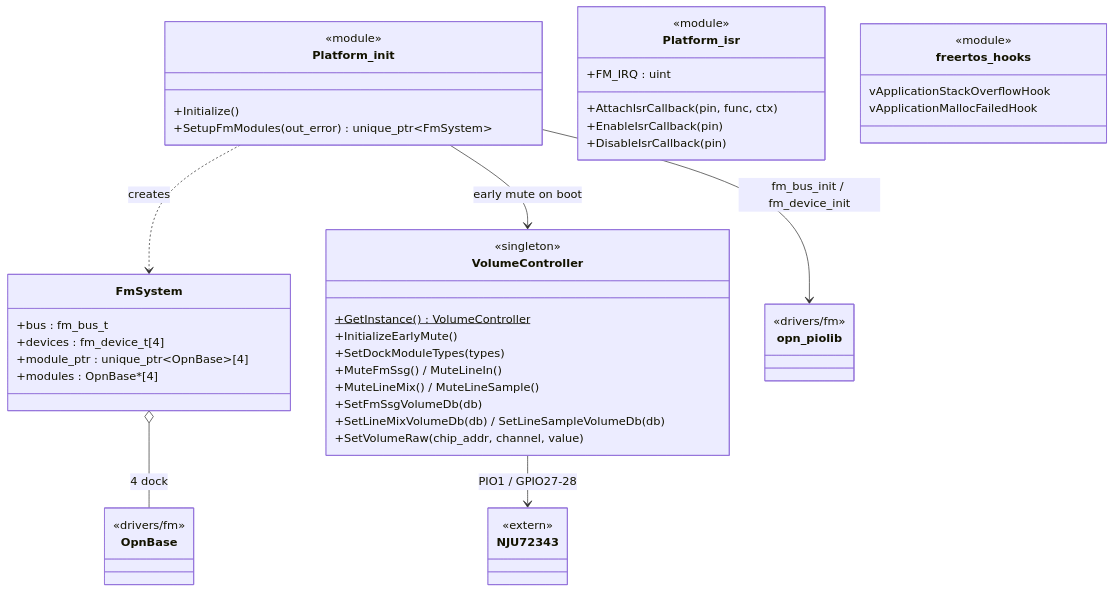
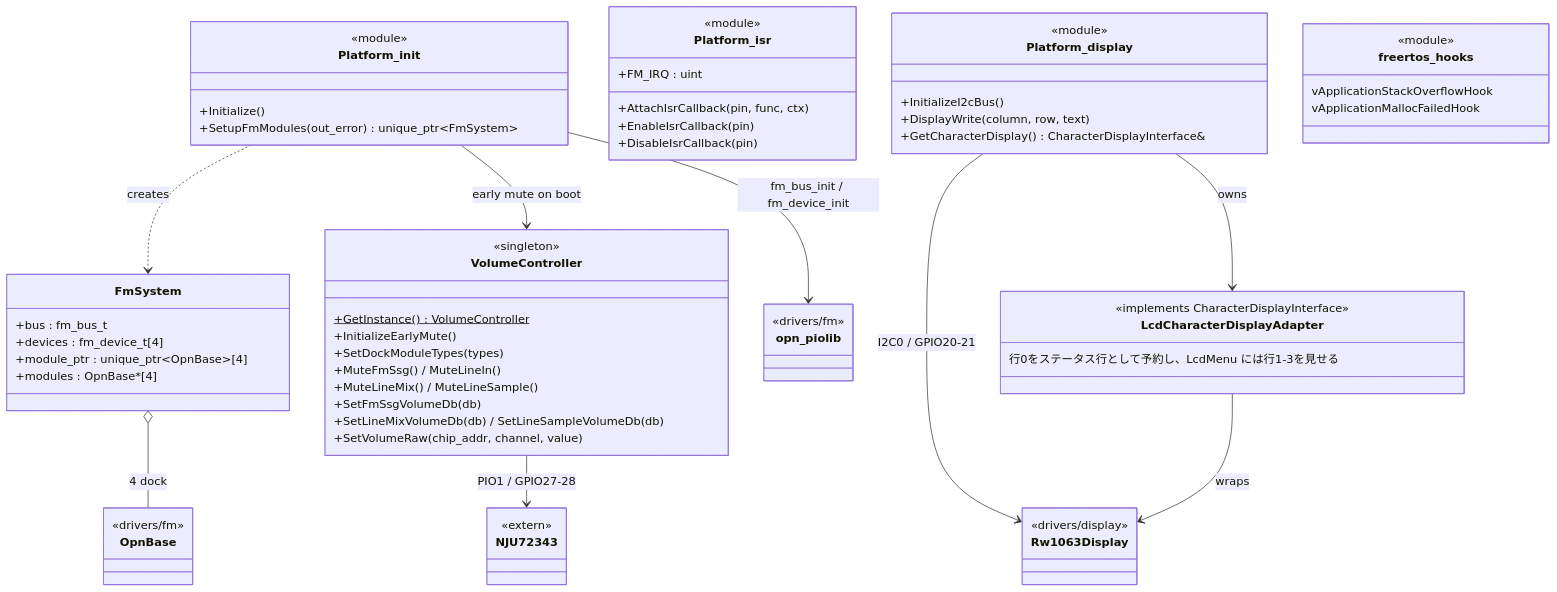
The diagram in doc/domain/domain_platform.md (46nori/FMSynthEnsembleV3), drawn with Mermaid before and after one commit. The commit also changed other lines of this file and 65 other files, not shown here.

````diff
--- a/doc/domain/domain_platform.md
+++ b/doc/domain/domain_platform.md
@@ -7,57 +7,76 @@
 ```mermaid
 classDiagram
     class Platform_init {
         <<module>>
         +Initialize()
         +SetupFmModules(out_error) unique_ptr~FmSystem~
     }
 
     class FmSystem {
         +bus : fm_bus_t
         +devices : fm_device_t[4]
         +module_ptr : unique_ptr~OpnBase~[4]
         +modules : OpnBase*[4]
     }
 
     class VolumeController {
         <<singleton>>
         +GetInstance() VolumeController$
         +InitializeEarlyMute()
         +SetDockModuleTypes(types)
         +MuteFmSsg() / MuteLineIn()
         +MuteLineMix() / MuteLineSample()
         +SetFmSsgVolumeDb(db)
         +SetLineMixVolumeDb(db) / SetLineSampleVolumeDb(db)
         +SetVolumeRaw(chip_addr, channel, value)
     }
 
     class Platform_isr {
         <<module>>
         +FM_IRQ : uint
         +AttachIsrCallback(pin, func, ctx)
         +EnableIsrCallback(pin)
         +DisableIsrCallback(pin)
     }
 
+    class Platform_display {
+        <<module>>
+        +InitializeI2cBus()
+        +DisplayWrite(column, row, text)
+        +GetCharacterDisplay() CharacterDisplayInterface&
+    }
+
+    class LcdCharacterDisplayAdapter {
+        <<implements CharacterDisplayInterface>>
+        行0をステータス行として予約し、LcdMenu には行1-3を見せる
+    }
+
+    class Rw1063Display {
+        <<drivers/display>>
+    }
+
     class freertos_hooks {
         <<module>>
         vApplicationStackOverflowHook
         vApplicationMallocFailedHook
     }
 
     class NJU72343 {
         <<extern>>
     }
     class opn_piolib {
         <<drivers/fm>>
     }
     class OpnBase {
         <<drivers/fm>>
     }
 
     Platform_init ..> FmSystem : creates
     Platform_init --> VolumeController : early mute on boot
     Platform_init --> opn_piolib : fm_bus_init / fm_device_init
     FmSystem o-- OpnBase : 4 dock
     VolumeController --> NJU72343 : PIO1 / GPIO27-28
+    Platform_display --> Rw1063Display : I2C0 / GPIO20-21
+    Platform_display --> LcdCharacterDisplayAdapter : owns
+    LcdCharacterDisplayAdapter --> Rw1063Display : wraps
 ```
````
